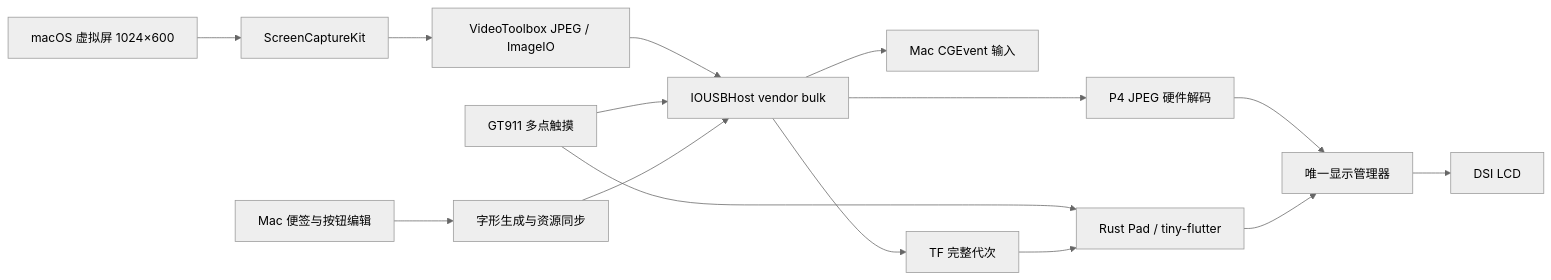
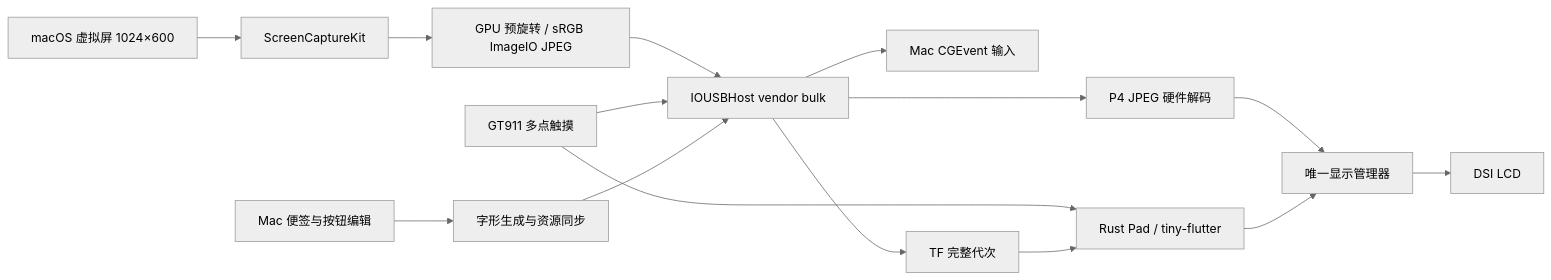
The diagram in README.md (One-SuperMark/P4Desk), drawn with Mermaid (neutral theme) before and after one commit. The commit also changed other lines of this file and 50 other files, not shown here.

````diff
--- a/README.md
+++ b/README.md
@@ -53,17 +53,17 @@
 ```mermaid
 flowchart LR
     V[macOS 虚拟屏 1024×600] --> S[ScreenCaptureKit]
-    S --> J[VideoToolbox JPEG / ImageIO]
+    S --> J[GPU 预旋转 / sRGB ImageIO JPEG]
     J --> U[IOUSBHost vendor bulk]
     U --> D[P4 JPEG 硬件解码]
     D --> O[唯一显示管理器]
     R[Rust Pad / tiny-flutter] --> O
     O --> L[DSI LCD]
     T[GT911 多点触摸] --> R
     T --> U
     U --> E[Mac CGEvent 输入]
     C[Mac 便签与按钮编辑] --> F[字形生成与资源同步]
     F --> U
     U --> SD[TF 完整代次]
     SD --> R
 ```
````
